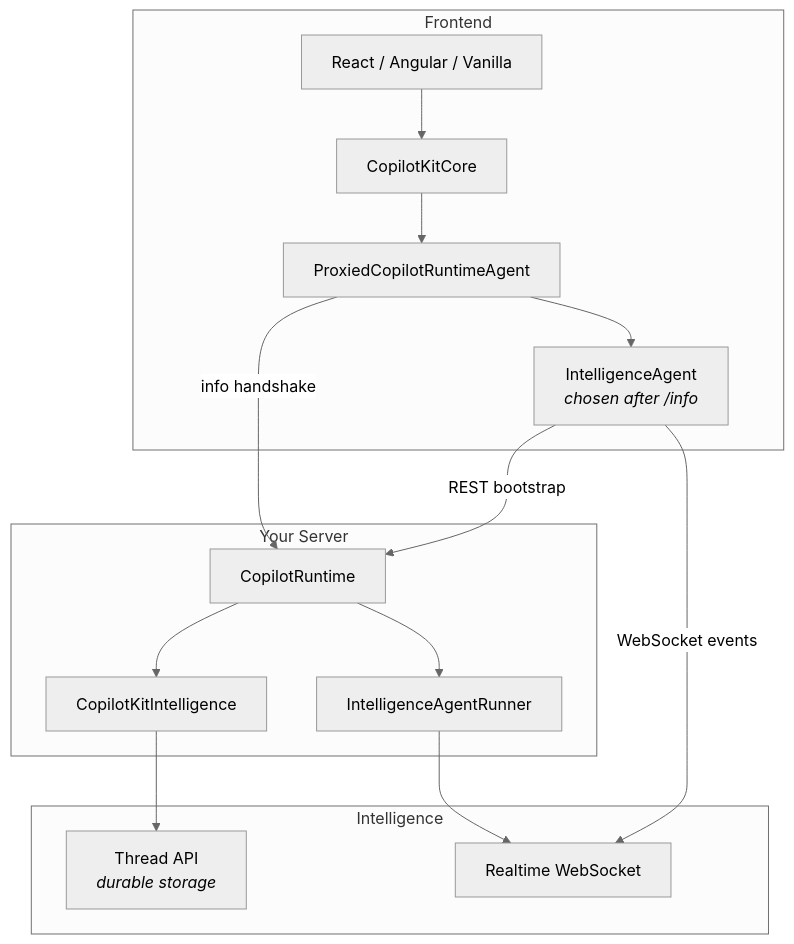
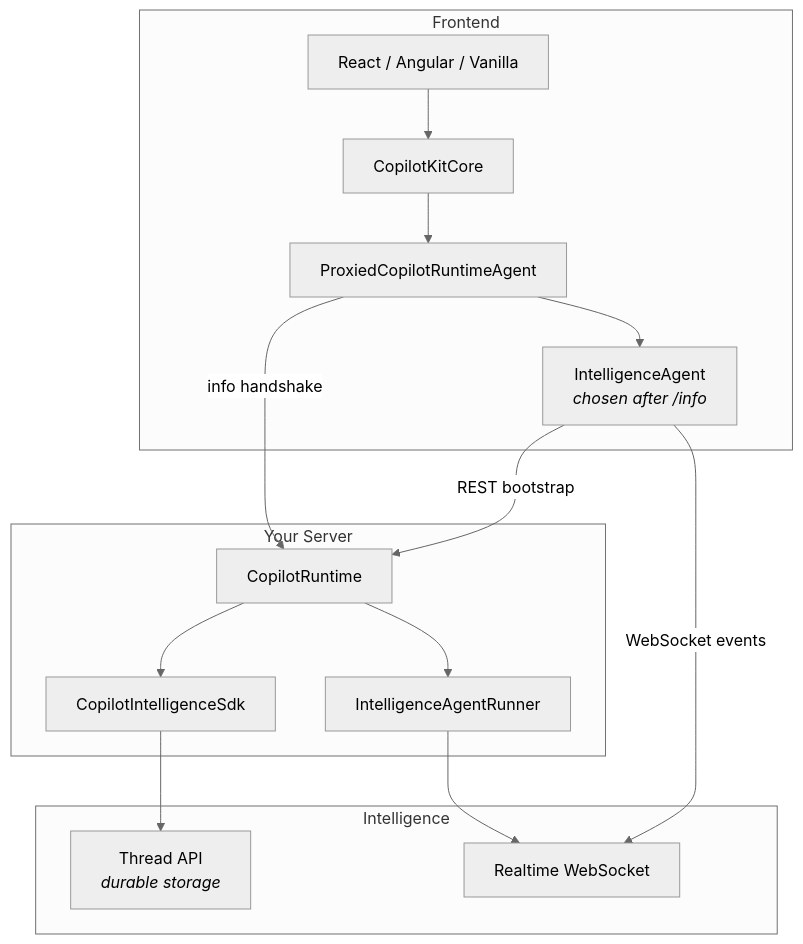
One commit to CopilotKit/CopilotKit changed the first of 2 diagrams in dev-docs/architecture/setup-intelligence.md. Above: the diagram before and after it, drawn with Mermaid (neutral theme). The commit also changed other lines of this file and 21 other files, not shown here.

Commit message:
feat(runtime,core): Automatic opt-in to Intelligence when an SDK is provided

````diff
--- a/dev-docs/architecture/setup-intelligence.md
+++ b/dev-docs/architecture/setup-intelligence.md
@@ -11,31 +11,31 @@
 ```mermaid
 graph TB
     subgraph Frontend
         App["React / Angular / Vanilla"]
         Core["CopilotKitCore"]
         Proxy["ProxiedCopilotRuntimeAgent"]
         IA["IntelligenceAgent<br/><i>chosen after /info</i>"]
     end
 
     subgraph Your Server
         RT["CopilotRuntime"]
-        SDK["CopilotKitIntelligence"]
+        SDK["CopilotIntelligenceSdk"]
         Runner["IntelligenceAgentRunner"]
     end
 
     subgraph Intelligence
         API["Thread API<br/><i>durable storage</i>"]
         WS["Realtime WebSocket"]
     end
 
     App --> Core
     Core --> Proxy
     Proxy -->|info handshake| RT
     RT --> SDK
     SDK --> API
     RT --> Runner
     Runner --> WS
     Proxy --> IA
     IA -->|REST bootstrap| RT
     IA -->|WebSocket events| WS
 ```
````
